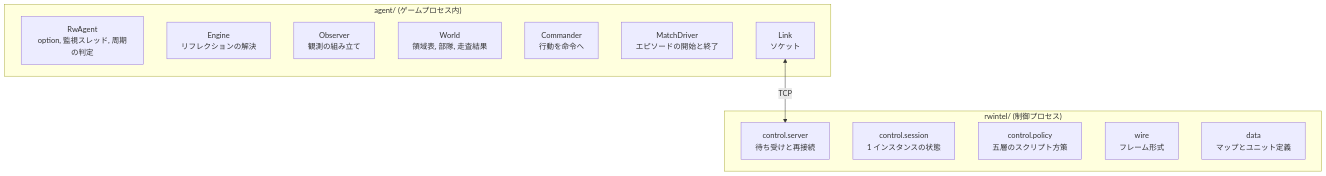
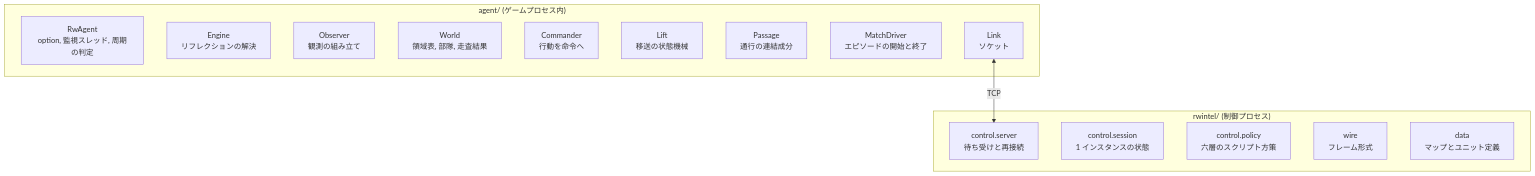
The sixth of 6 diagrams in docs/project/05-interface.md (h4ribote/RW-Intel), drawn with Mermaid before and after one commit. The commit also changed other lines of this file and 174 other files, not shown here.

````diff
--- a/docs/project/05-interface.md
+++ b/docs/project/05-interface.md
@@ -449,20 +663,22 @@
 ```mermaid
 flowchart TD
     subgraph a["agent/ (ゲームプロセス内)"]
         rw["RwAgent<br/>option, 監視スレッド, 周期の判定"]
         en["Engine<br/>リフレクションの解決"]
         ob["Observer<br/>観測の組み立て"]
         wo["World<br/>領域表, 部隊, 走査結果"]
         cm["Commander<br/>行動を命令へ"]
+        lf["Lift<br/>移送の状態機械"]
+        pa["Passage<br/>通行の連結成分"]
         md["MatchDriver<br/>エピソードの開始と終了"]
         li["Link<br/>ソケット"]
     end
     subgraph c["rwintel/ (制御プロセス)"]
         sv["control.server<br/>待ち受けと再接続"]
         se["control.session<br/>1 インスタンスの状態"]
-        po["control.policy<br/>五層のスクリプト方策"]
+        po["control.policy<br/>六層のスクリプト方策"]
         wi["wire<br/>フレーム形式"]
         da["data<br/>マップとユニット定義"]
     end
     li <-->|"TCP"| sv
 ```
````
